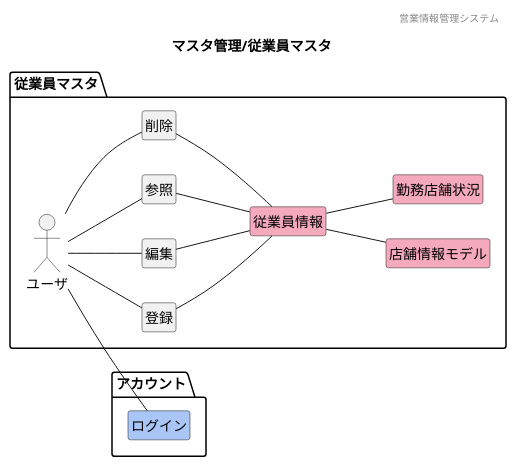
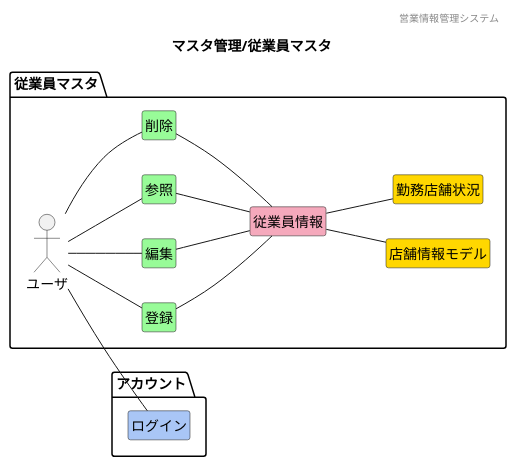
Before and after one commit to HaruShim/Sotuken: the diagram in 各種設計書/1ドメインモデル図/マスタ管理/F01従業員マスタ.plantuml, drawn with PlantUML. The commit also changed 13 other files, not shown here.

```diff
--- a/各種設計書/1ドメインモデル図/マスタ管理/F01従業員マスタ.plantuml
+++ b/各種設計書/1ドメインモデル図/マスタ管理/F01従業員マスタ.plantuml
@@ -1,62 +1,62 @@
 @startuml images/マスタ管理/従業員マスタ
 ' ヘッダー
 header 営業情報管理システム
 ' タイトル
 title マスタ管理/従業員マスタ
 ' 
 hide circle
 ' 
 hide method
 hide members
 left to right direction
 
 package "アカウント"{
     class "ログイン" #A9C6F6
 }
 
 package "従業員マスタ"{
     mix_actor "ユーザ"
-    class "登録"
-    class "編集"
-    class "参照"
-    class "削除"
+    class "登録" #98fb98
+    class "編集" #98fb98
+    class "参照" #98fb98
+    class "削除" #98fb98
     class "従業員情報" #F5A9BC
-    class "店舗情報モデル" #F5A9BC
-    class "勤務店舗状況" #F5A9BC
+    class "店舗情報モデル" #ffd700
+    class "勤務店舗状況" #ffd700
 
-    "ユーザ" -- "参照"
-    "ユーザ" -- "登録"
-    "ユーザ" -- "編集"
-    "ユーザ" -- "削除"
-    "参照" -- "従業員情報"
-    "登録" -- "従業員情報"
-    "編集" -- "従業員情報"
-    "削除" -- "従業員情報"
-    "従業員情報" -- "店舗情報モデル"
-    "従業員情報" -- "勤務店舗状況"
+    ユーザ -- 参照
+    ユーザ -- 登録
+    ユーザ -- 編集
+    ユーザ -- 削除
+    参照 -- 従業員情報
+    登録 -- 従業員情報
+    編集 -- 従業員情報
+    削除 -- 従業員情報
+    従業員情報 -- 店舗情報モデル
+    従業員情報 -- 勤務店舗状況
 
     従業員情報 : 従業員番号
     従業員情報 : 氏名
     従業員情報 : 住所
     従業員情報 : 電話番号
     従業員情報 : 性別
     従業員情報 : 年齢
     従業員情報 : 生年月日
     従業員情報 : 主な店舗
     勤務店舗状況 : 店舗名
     勤務店舗状況 : 従業員数
     勤務店舗状況 : 責任者
     店舗情報モデル : 店舗名
     店舗情報モデル : 住所
     店舗情報モデル : 連絡先
     店舗情報モデル : 店長
     店舗情報モデル : 主な従業員
 }
 
-"ユーザ" -- "ログイン"
+ユーザ -- ログイン
 
 
 
 
 
 @enduml
```
